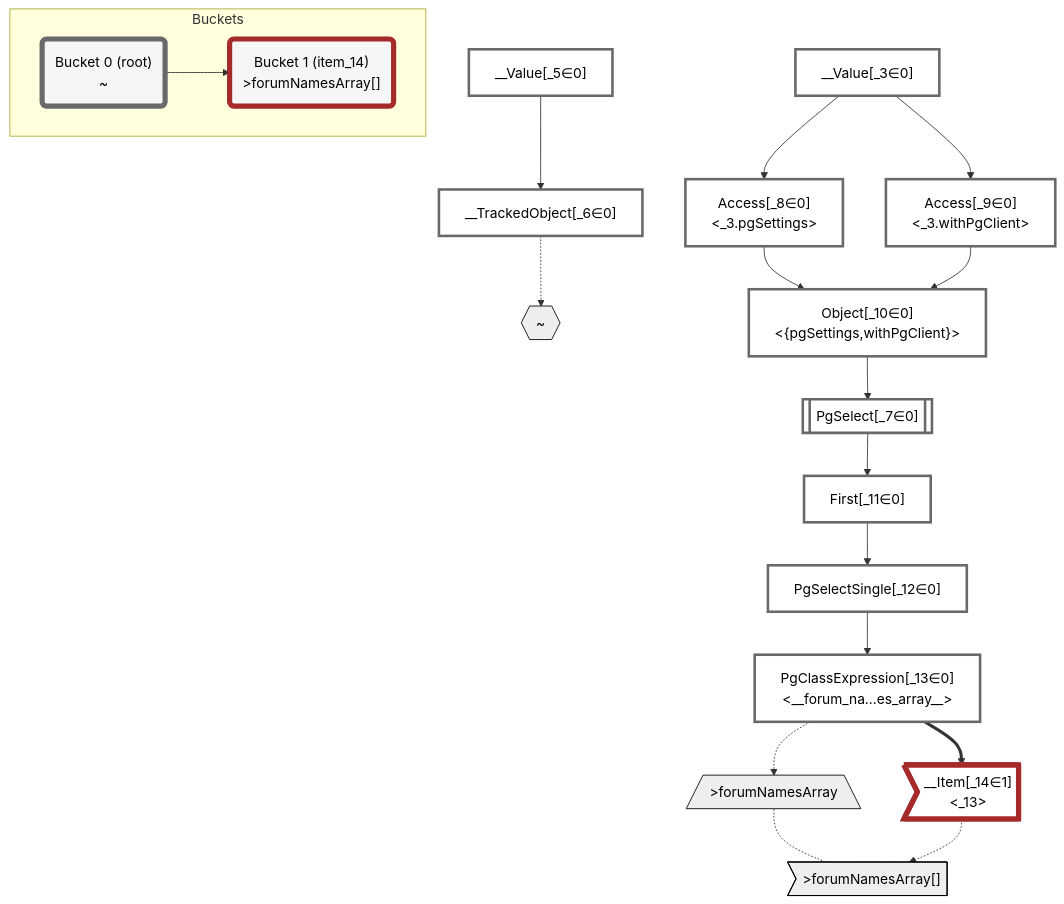
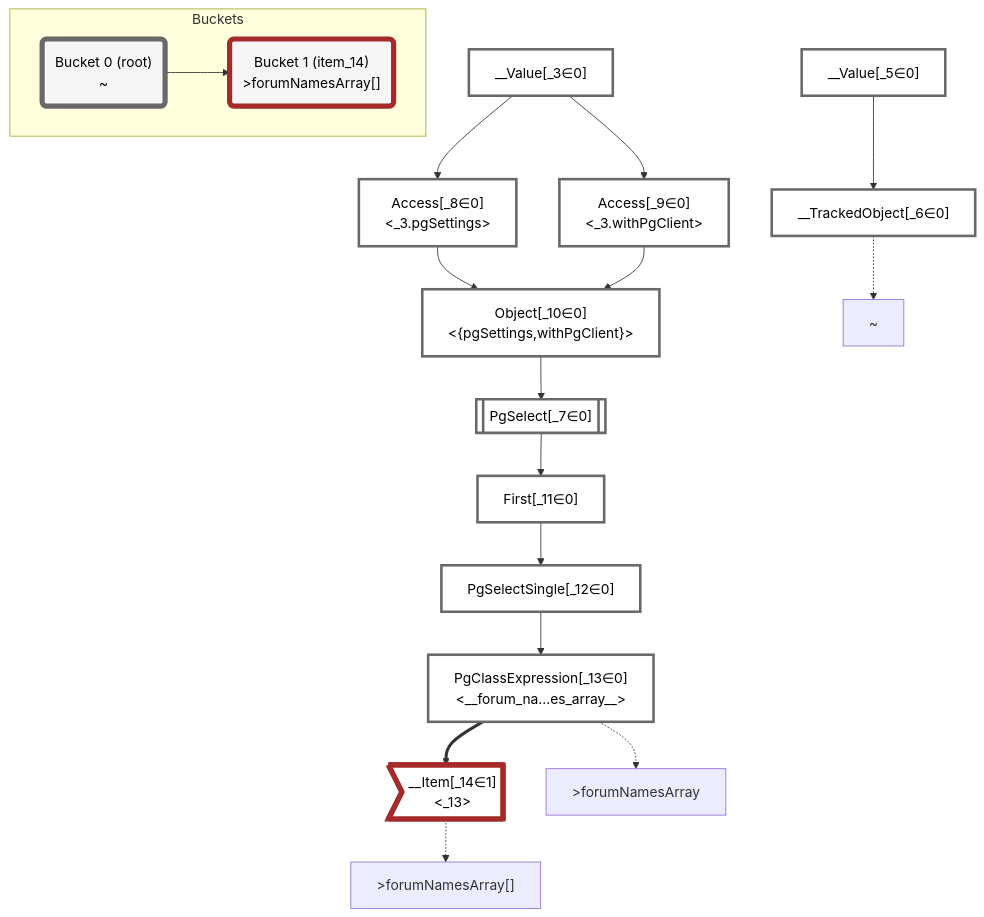
Before and after one commit to graphile/crystal: the diagram in packages/dataplan-pg/__tests__/queries/functions/custom-query-forum-names-array.deopt.mermaid.md, drawn with Mermaid. The commit also changed 195 other files, not shown here.

````diff
--- a/packages/dataplan-pg/__tests__/queries/functions/custom-query-forum-names-array.deopt.mermaid.md
+++ b/packages/dataplan-pg/__tests__/queries/functions/custom-query-forum-names-array.deopt.mermaid.md
@@ -1,60 +1,56 @@
 ```mermaid
 graph TD
     classDef path fill:#eee,stroke:#000,color:#000
     classDef plan fill:#fff,stroke-width:3px,color:#000
     classDef itemplan fill:#fff,stroke-width:6px,color:#000
     classDef sideeffectplan fill:#f00,stroke-width:6px,color:#000
     classDef bucket fill:#f6f6f6,color:#000,stroke-width:6px
 
-    %% subgraph fields
-    P1{{"~"}}:::path
-    P2[/">forumNamesArray"\]:::path
-    P3>">forumNamesArray[]"]:::path
-    P2 -.- P3
-    %% P1 -.-> P2
-    %% end
 
     %% define plans
     __Value_3["__Value[_3∈0]<br /><context>"]:::plan
     __Value_5["__Value[_5∈0]<br /><rootValue>"]:::plan
     __TrackedObject_6["__TrackedObject[_6∈0]"]:::plan
     PgSelect_7[["PgSelect[_7∈0]<br /><forum_names_array>"]]:::plan
     Access_8["Access[_8∈0]<br /><_3.pgSettings>"]:::plan
     Access_9["Access[_9∈0]<br /><_3.withPgClient>"]:::plan
     Object_10["Object[_10∈0]<br /><{pgSettings,withPgClient}>"]:::plan
     First_11["First[_11∈0]"]:::plan
     PgSelectSingle_12["PgSelectSingle[_12∈0]<br /><forum_names_array>"]:::plan
     PgClassExpression_13["PgClassExpression[_13∈0]<br /><__forum_na...es_array__>"]:::plan
     __Item_14>"__Item[_14∈1]<br /><_13>"]:::itemplan
 
     %% plan dependencies
     __Value_5 --> __TrackedObject_6
     Object_10 --> PgSelect_7
     __Value_3 --> Access_8
     __Value_3 --> Access_9
     Access_8 --> Object_10
     Access_9 --> Object_10
     PgSelect_7 --> First_11
     First_11 --> PgSelectSingle_12
     PgSelectSingle_12 --> PgClassExpression_13
     PgClassExpression_13 ==> __Item_14
 
     %% plan-to-path relationships
+    P1["~"]
     __TrackedObject_6 -.-> P1
+    P2[">forumNamesArray"]
     PgClassExpression_13 -.-> P2
+    P3[">forumNamesArray[]"]
     __Item_14 -.-> P3
 
     %% allocate buckets
     classDef bucket0 stroke:#696969
     class __Value_3,__Value_5,__TrackedObject_6,PgSelect_7,Access_8,Access_9,Object_10,First_11,PgSelectSingle_12,PgClassExpression_13 bucket0
     classDef bucket1 stroke:#a52a2a
     class __Item_14 bucket1
 
     subgraph Buckets
     Bucket0("Bucket 0 (root)<br />~"):::bucket
     style Bucket0 stroke:#696969
     Bucket1("Bucket 1 (item_14)<br />>forumNamesArray[]"):::bucket
     style Bucket1 stroke:#a52a2a
     Bucket0 --> Bucket1
     end
 ```
````
